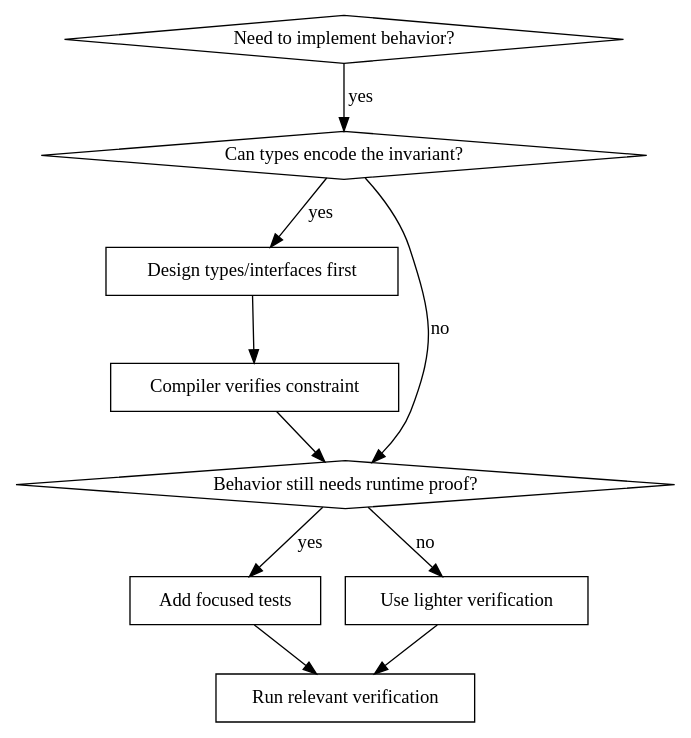
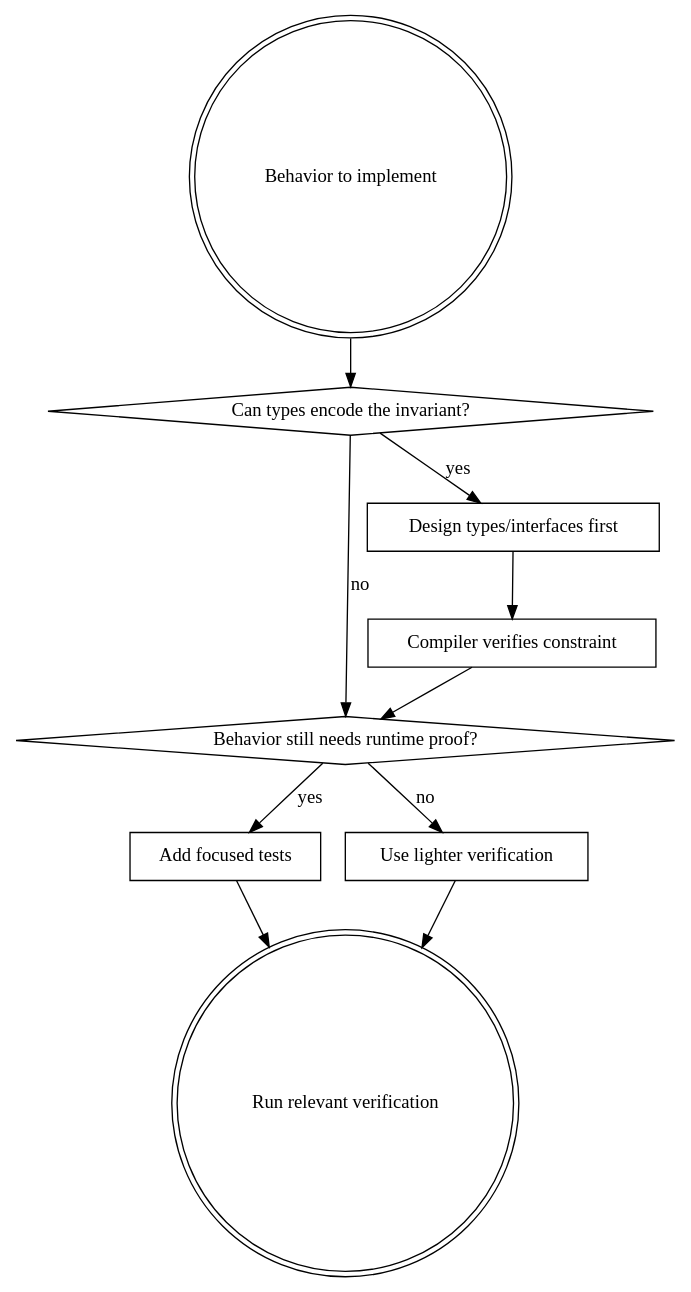
Before and after one commit to kirito41dd/k-superpowers: the diagram in skills/type-driven-verification/SKILL.md, drawn with Graphviz. The commit also changed 6 other files, not shown here.

First line of the commit message:
Repair skill flowcharts and align intent gate with upstream spirit

````diff
--- a/skills/type-driven-verification/SKILL.md
+++ b/skills/type-driven-verification/SKILL.md
@@ -35,22 +35,24 @@
 ```dot
 digraph verification_flow {
-    "Need to implement behavior?" [shape=diamond];
+    "Behavior to implement" [shape=doublecircle];
+    "Run relevant verification" [shape=doublecircle];
+
     "Can types encode the invariant?" [shape=diamond];
+    "Behavior still needs runtime proof?" [shape=diamond];
+
     "Design types/interfaces first" [shape=box];
     "Compiler verifies constraint" [shape=box];
-    "Behavior still needs runtime proof?" [shape=diamond];
     "Add focused tests" [shape=box];
     "Use lighter verification" [shape=box];
-    "Run relevant verification" [shape=box];
 
-    "Need to implement behavior?" -> "Can types encode the invariant?" [label="yes"];
+    "Behavior to implement" -> "Can types encode the invariant?";
     "Can types encode the invariant?" -> "Design types/interfaces first" [label="yes"];
     "Design types/interfaces first" -> "Compiler verifies constraint";
     "Compiler verifies constraint" -> "Behavior still needs runtime proof?";
     "Can types encode the invariant?" -> "Behavior still needs runtime proof?" [label="no"];
     "Behavior still needs runtime proof?" -> "Add focused tests" [label="yes"];
     "Behavior still needs runtime proof?" -> "Use lighter verification" [label="no"];
     "Add focused tests" -> "Run relevant verification";
     "Use lighter verification" -> "Run relevant verification";
 }
 ```
````
